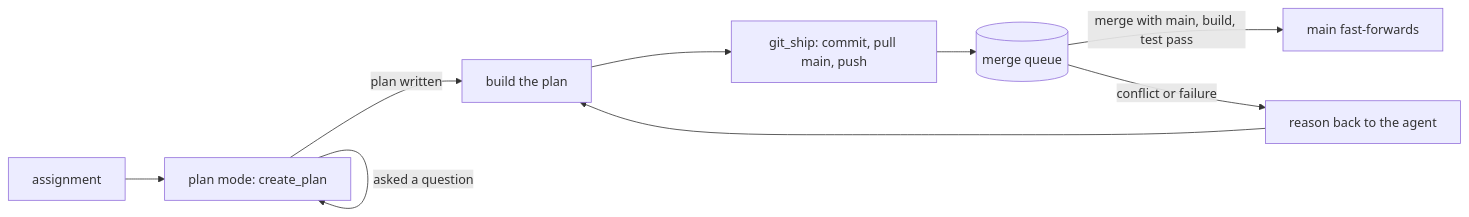
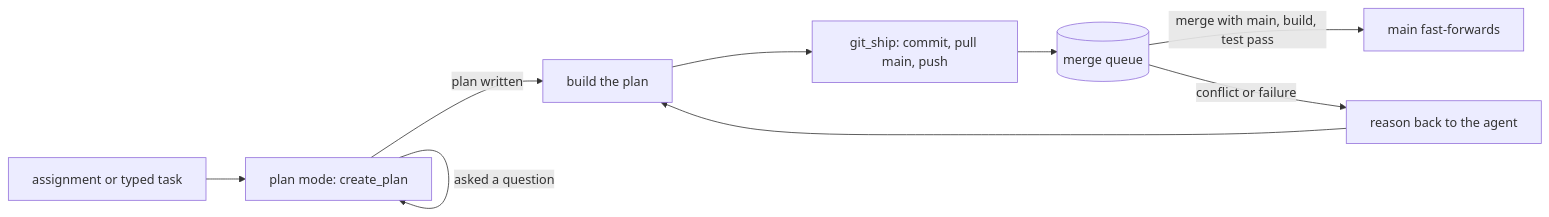
One commit to cypher-asi/aura-harness changed the diagram in docs/software-factory.md. Above: the diagram before and after it, drawn with Mermaid. The commit also changed other lines of this file and 32 other files, not shown here.

````diff
--- a/docs/software-factory.md
+++ b/docs/software-factory.md
@@ -9,11 +9,11 @@
 ```mermaid
 flowchart LR
-    A[assignment] --> P[plan mode: create_plan]
+    A[assignment or typed task] --> P[plan mode: create_plan]
     P -- plan written --> B[build the plan]
     P -- asked a question --> P
     B --> S[git_ship: commit, pull main, push]
     S --> Q[(merge queue)]
     Q -- merge with main, build, test pass --> M[main fast-forwards]
     Q -- conflict or failure --> F[reason back to the agent]
     F --> B
 ```
````
